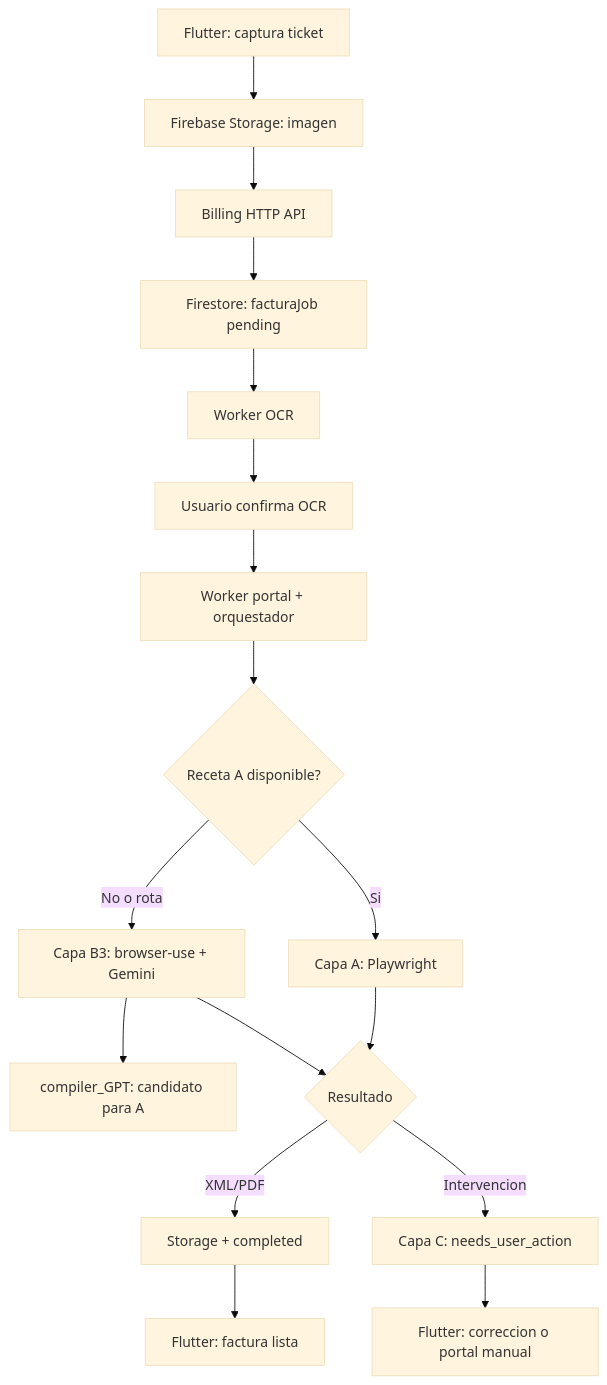
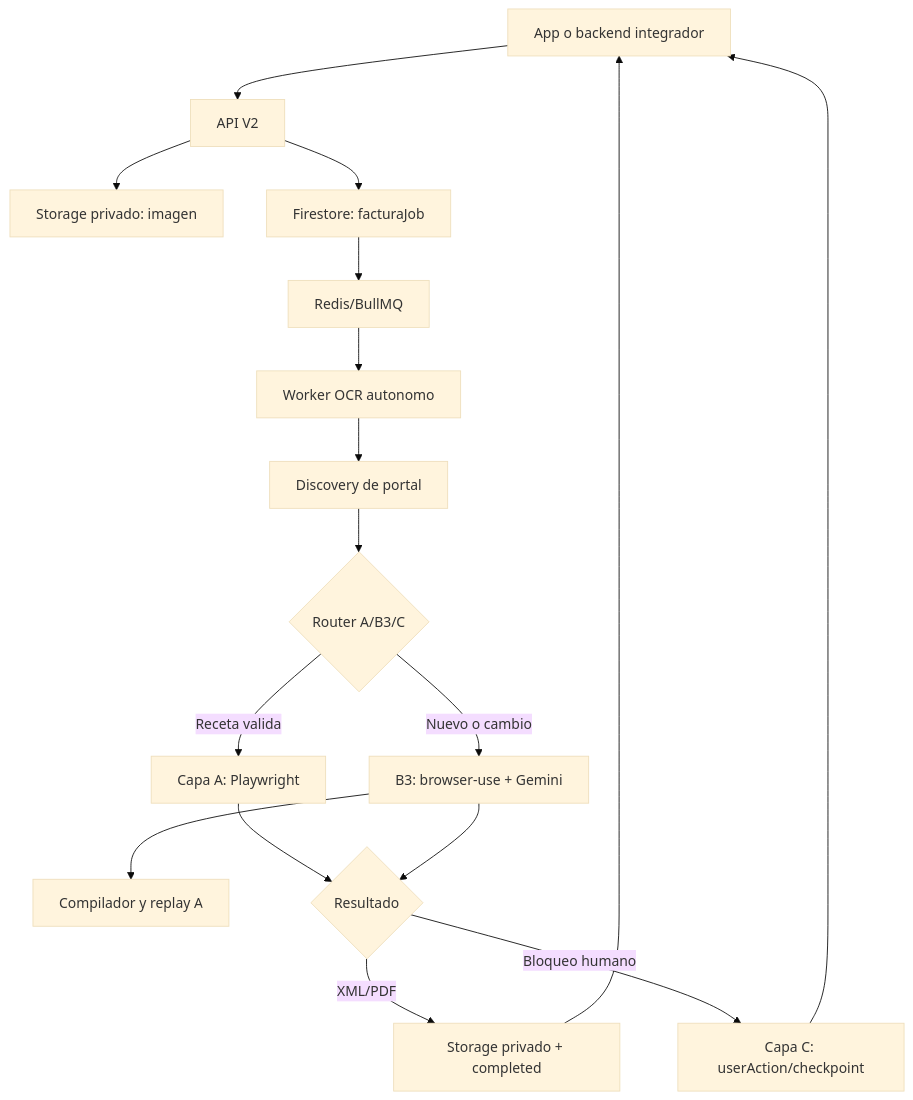
One commit to iisaacii/AppSat changed the diagram in facturacion-tickets/ARCHITECTURE.md. Above: the diagram before and after it, drawn with Mermaid (base theme). The commit also changed other lines of this file and 88 other files, not shown here.

Commit message:
Complete AppSat billing migration

````diff
--- a/facturacion-tickets/ARCHITECTURE.md
+++ b/facturacion-tickets/ARCHITECTURE.md
@@ -5,19 +9,19 @@
 ```mermaid
 flowchart TD
-  A["Flutter: captura ticket"] --> B["Firebase Storage: imagen"]
-  B --> C["Billing HTTP API"]
-  C --> D["Firestore: facturaJob pending"]
-  D --> E["Worker OCR"]
-  E --> F["Usuario confirma OCR"]
-  F --> G["Worker portal + orquestador"]
-  G --> H{"Receta A disponible?"}
-  H -->|Si| I["Capa A: Playwright"]
-  H -->|No o rota| J["Capa B3: browser-use + Gemini"]
-  J --> K["compiler_GPT: candidato para A"]
-  I --> L{"Resultado"}
-  J --> L
-  L -->|XML/PDF| M["Storage + completed"]
-  L -->|Intervencion| N["Capa C: needs_user_action"]
-  M --> O["Flutter: factura lista"]
-  N --> P["Flutter: correccion o portal manual"]
+  Client["App o backend integrador"] --> Api["API V2"]
+  Api --> Storage["Storage privado: imagen"]
+  Api --> Jobs["Firestore: facturaJob"]
+  Jobs --> Queue["Redis/BullMQ"]
+  Queue --> Ocr["Worker OCR autonomo"]
+  Ocr --> Discovery["Discovery de portal"]
+  Discovery --> Router{"Router A/B3/C"}
+  Router -->|"Receta valida"| A["Capa A: Playwright"]
+  Router -->|"Nuevo o cambio"| B3["B3: browser-use + Gemini"]
+  B3 --> Compiler["Compilador y replay A"]
+  A --> Result{"Resultado"}
+  B3 --> Result
+  Result -->|"XML/PDF"| Cfdi["Storage privado + completed"]
+  Result -->|"Bloqueo humano"| C["Capa C: userAction/checkpoint"]
+  Cfdi --> Client
+  C --> Client
 ```
````
